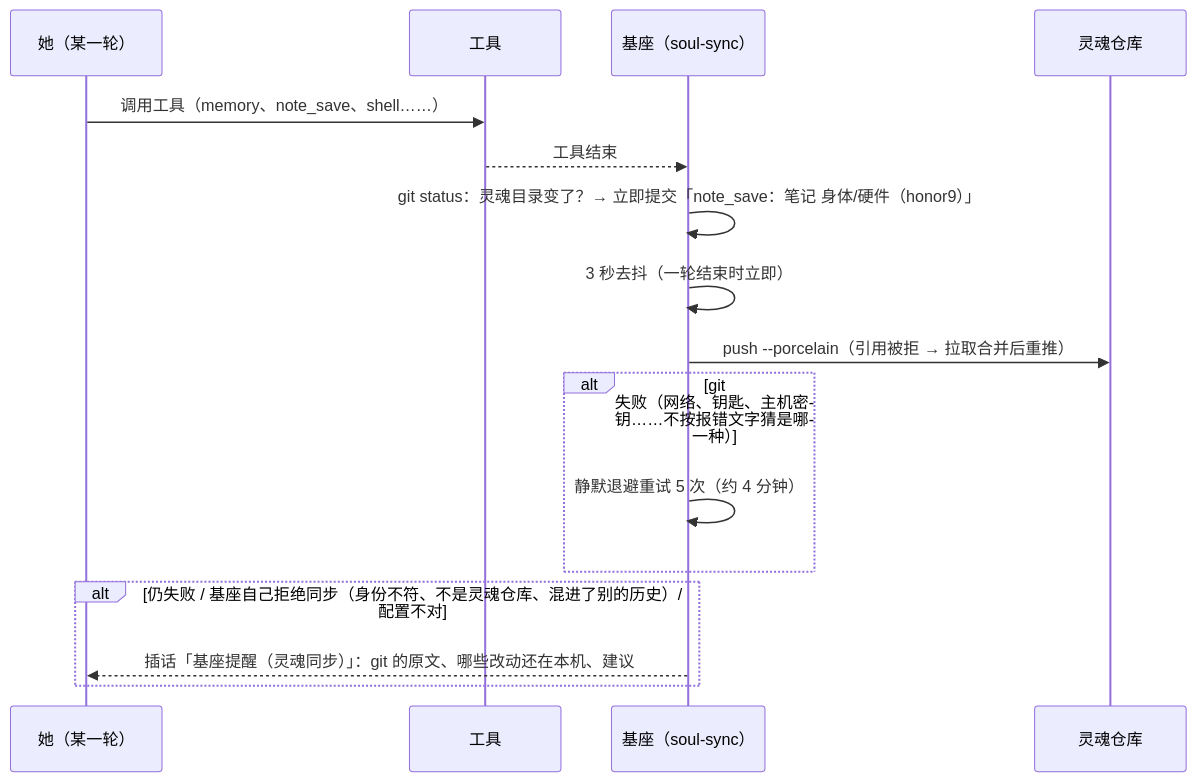
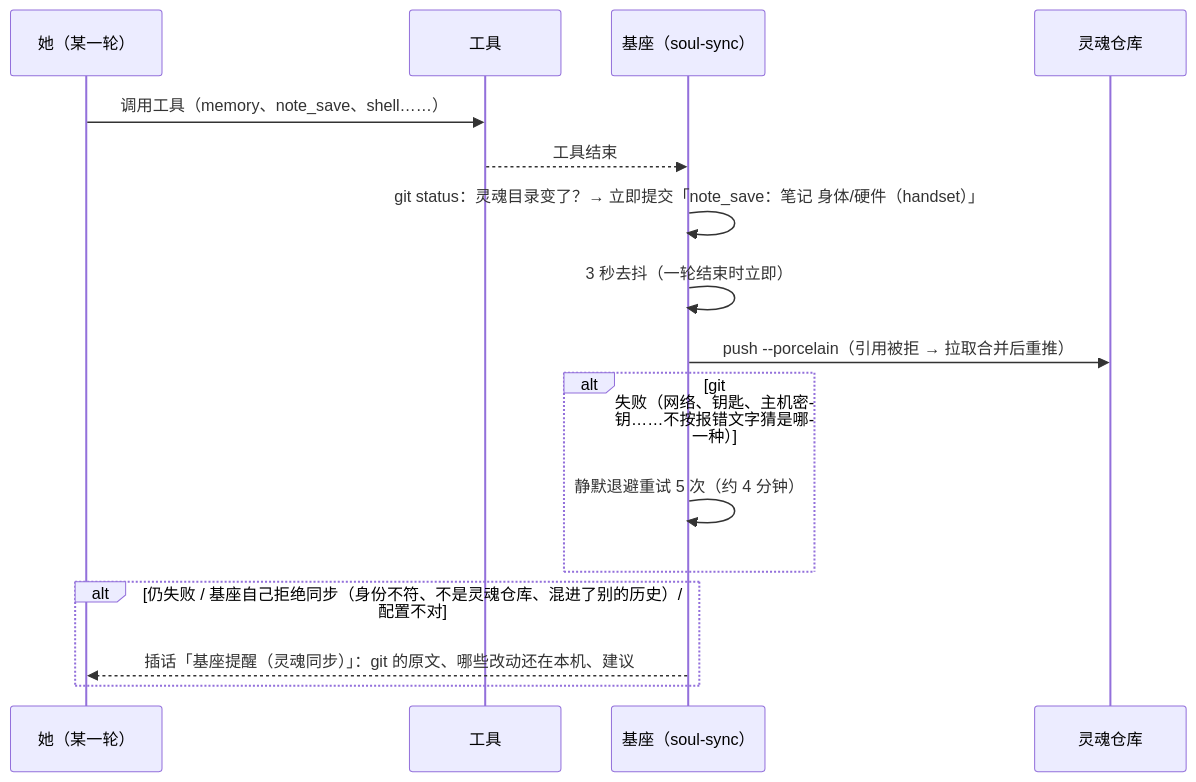
One commit to Causally-XYZ/Project.Quetzal changed the third of 3 diagrams in docs/SOUL_SYNC.md. Above: the diagram before and after it, drawn with Mermaid. The commit also changed 34 other files, not shown here.

````diff
--- a/docs/SOUL_SYNC.md
+++ b/docs/SOUL_SYNC.md
@@ -70,18 +70,18 @@
 ```mermaid
 sequenceDiagram
   participant A as 她（某一轮）
   participant T as 工具
   participant S as 基座（soul-sync）
   participant R as 灵魂仓库
   A->>T: 调用工具（memory、note_save、shell……）
   T-->>S: 工具结束
-  S->>S: git status：灵魂目录变了？→ 立即提交「note_save：笔记 身体/硬件（honor9）」
+  S->>S: git status：灵魂目录变了？→ 立即提交「note_save：笔记 身体/硬件（handset）」
   S->>S: 3 秒去抖（一轮结束时立即）
   S->>R: push --porcelain（引用被拒 → 拉取合并后重推）
   alt git 失败（网络、钥匙、主机密钥……不按报错文字猜是哪一种）
     S->>S: 静默退避重试 5 次（约 4 分钟）
   end
   alt 仍失败 / 基座自己拒绝同步（身份不符、不是灵魂仓库、混进了别的历史）/ 配置不对
     S-->>A: 插话「基座提醒（灵魂同步）」：git 的原文、哪些改动还在本机、建议
   end
 ```
````
